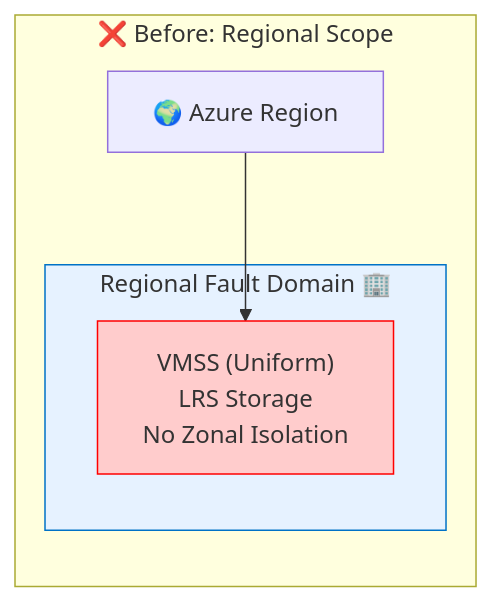
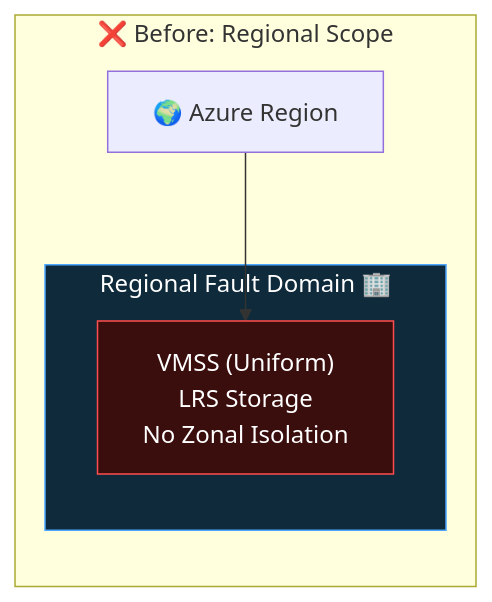
The first of 2 diagrams in README.md (nekdima/gh-copilot-resiliency-demo), drawn with Mermaid before and after one commit. The commit also changed other lines of this file, not shown here.

Commit message:
update architecture diagram styles for improved visual clarity and consistency

````diff
--- a/README.md
+++ b/README.md
@@ -34,16 +34,16 @@
 ```mermaid
 graph LR
     subgraph Before ["❌ Before: Regional Scope"]
         direction TB
         Region1[🌍 Azure Region]
 
         subgraph Regional_FD ["Regional Fault Domain 🏢"]
             VMSS1["VMSS (Uniform)<br/>LRS Storage<br/>No Zonal Isolation"]
         end
 
         Region1 --> VMSS1
-        style VMSS1 fill:#ffcccc,stroke:#ff0000
-        style Regional_FD fill:#e6f2ff,stroke:#0072C6
+        style VMSS1 fill:#3b0e0e,stroke:#ff4d4d,color:#ffffff
+        style Regional_FD fill:#0e2a3b,stroke:#4da6ff,color:#ffffff
     end
 
 ```
````
